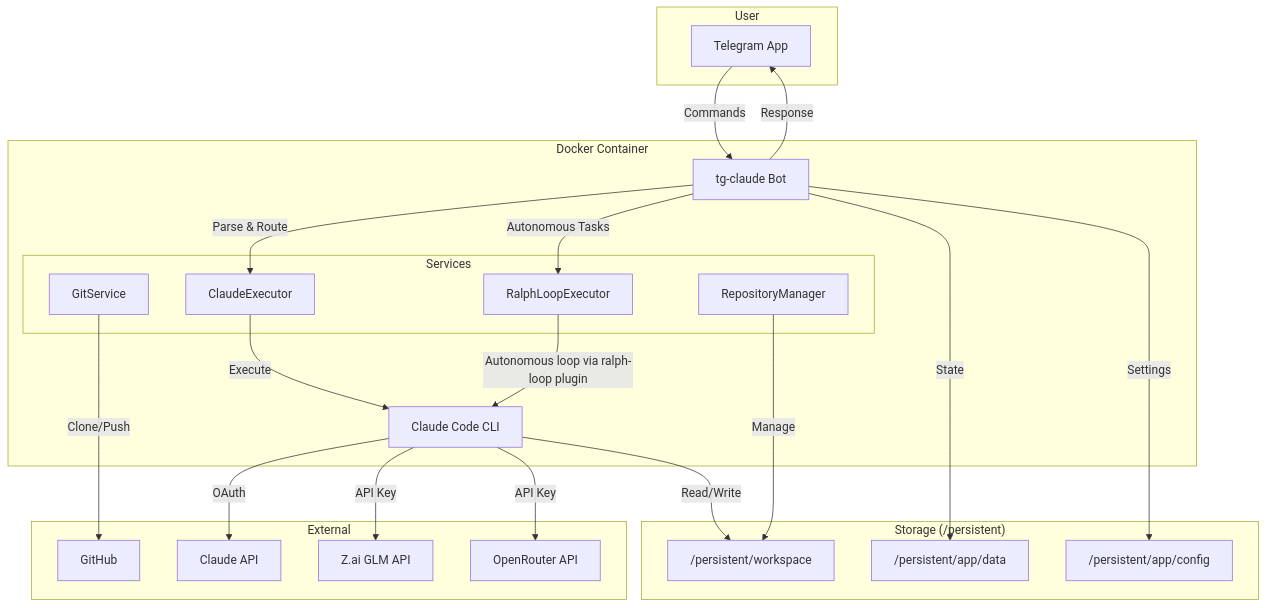
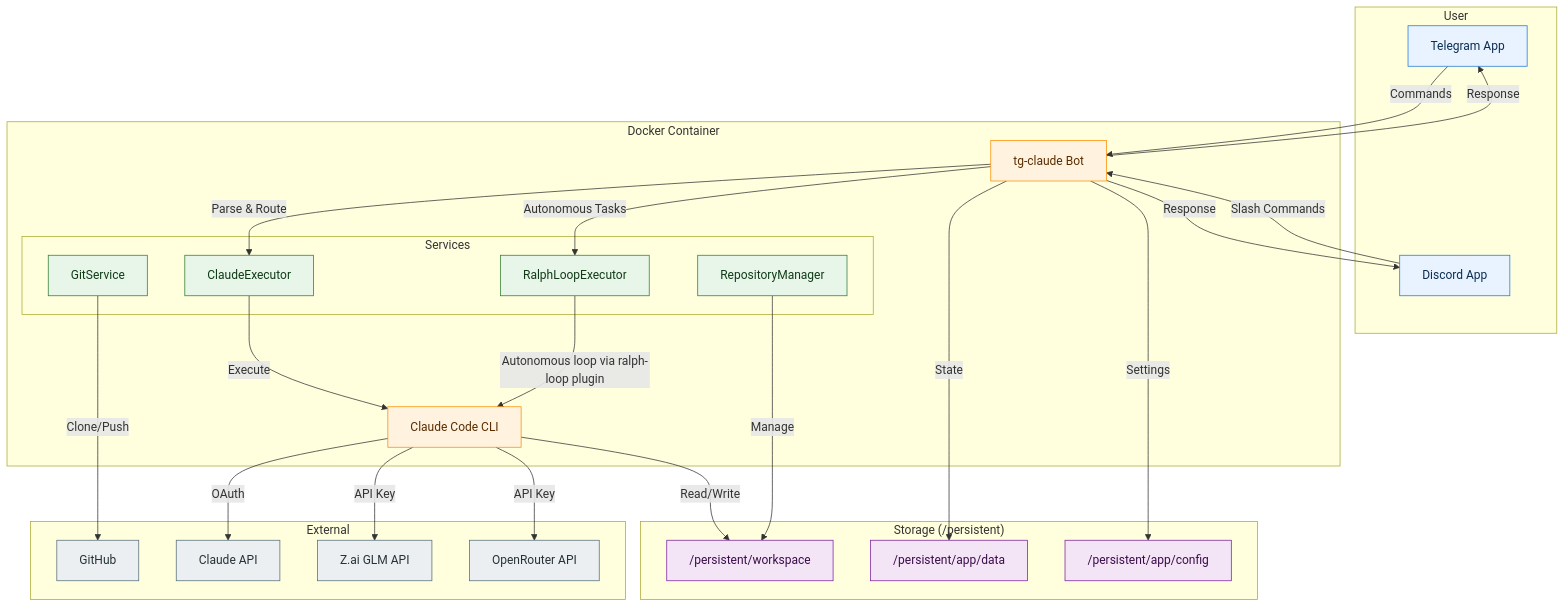
One commit to guzus/tg-claude changed the diagram in README.md. Above: the diagram before and after it, drawn with Mermaid. The commit also changed other lines of this file and 53 other files, not shown here.

````diff
--- a/README.md
+++ b/README.md
@@ -24,46 +25,61 @@
 ```mermaid
 flowchart TB
     subgraph User
         TG[Telegram App]
+        DC[Discord App]
     end
 
     subgraph Docker Container
         Bot[tg-claude Bot]
         Claude[Claude Code CLI]
-        
+
         subgraph Services
             Executor[ClaudeExecutor]
             Ralph[RalphLoopExecutor]
             Git[GitService]
             Repo[RepositoryManager]
         end
     end
 
     subgraph Storage["Storage (/persistent)"]
         Workspace["/persistent/workspace"]
         Data["/persistent/app/data"]
         Config["/persistent/app/config"]
     end
 
     subgraph External
         GitHub[GitHub]
         ClaudeAPI[Claude API]
         ZaiAPI[Z.ai GLM API]
         OpenRouter[OpenRouter API]
     end
 
     TG -->|Commands| Bot
+    DC -->|Slash Commands| Bot
     Bot -->|Parse & Route| Executor
     Bot -->|Autonomous Tasks| Ralph
     Executor -->|Execute| Claude
     Ralph -->|Autonomous loop via ralph-loop plugin| Claude
     Claude -->|OAuth| ClaudeAPI
     Claude -->|API Key| ZaiAPI
     Claude -->|API Key| OpenRouter
     Claude -->|Read/Write| Workspace
     Git -->|Clone/Push| GitHub
     Repo -->|Manage| Workspace
     Bot -->|State| Data
     Bot -->|Settings| Config
     Bot -->|Response| TG
+    Bot -->|Response| DC
+
+    classDef user fill:#E8F3FF,stroke:#1E78D6,stroke-width:1px,color:#0B2D52;
+    classDef bot fill:#FFF3E0,stroke:#FB8C00,stroke-width:1px,color:#5A2D00;
+    classDef services fill:#E8F5E9,stroke:#2E7D32,stroke-width:1px,color:#0F3B17;
+    classDef storage fill:#F3E5F5,stroke:#7B1FA2,stroke-width:1px,color:#3B0C4A;
+    classDef external fill:#ECEFF1,stroke:#546E7A,stroke-width:1px,color:#263238;
+
+    class TG,DC user;
+    class Bot,Claude bot;
+    class Executor,Ralph,Git,Repo services;
+    class Workspace,Data,Config storage;
+    class GitHub,ClaudeAPI,ZaiAPI,OpenRouter external;
 ```
````
